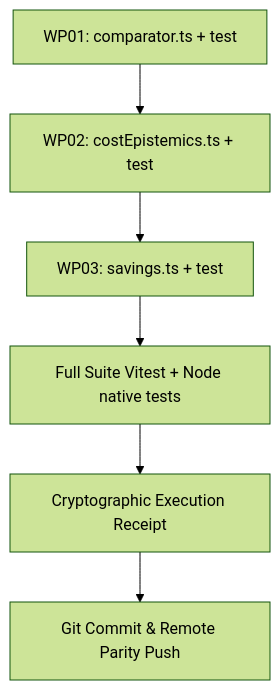
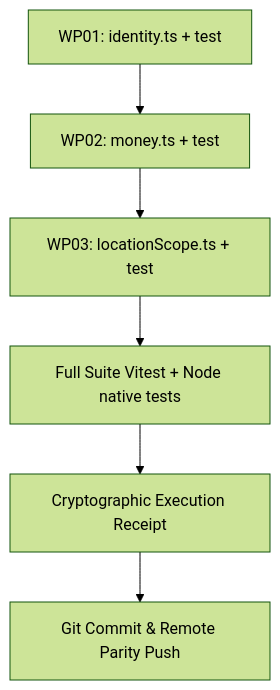
The diagram in docs/convergence/g11/LATEST_MASTER_GOAL_PROMPT.md (manhtx/Sanvemaybay), drawn with Mermaid (forest theme) before and after one commit. The commit also changed other lines of this file and 18 other files, not shown here.

````diff
--- a/docs/convergence/g11/LATEST_MASTER_GOAL_PROMPT.md
+++ b/docs/convergence/g11/LATEST_MASTER_GOAL_PROMPT.md
@@ -161,8 +163,8 @@
 ```mermaid
 graph TD
-  WP01[WP01: comparator.ts + test] --> WP02[WP02: costEpistemics.ts + test]
-  WP02 --> WP03[WP03: savings.ts + test]
+  WP01[WP01: identity.ts + test] --> WP02[WP02: money.ts + test]
+  WP02 --> WP03[WP03: locationScope.ts + test]
   WP03 --> REGRESSION[Full Suite Vitest + Node native tests]
   REGRESSION --> RECEIPT[Cryptographic Execution Receipt]
   RECEIPT --> PUSH[Git Commit & Remote Parity Push]
 ```
````
